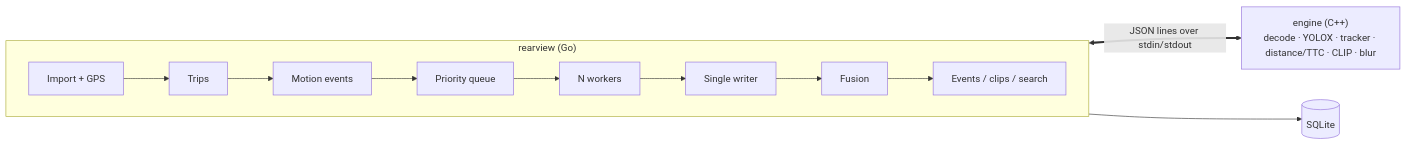
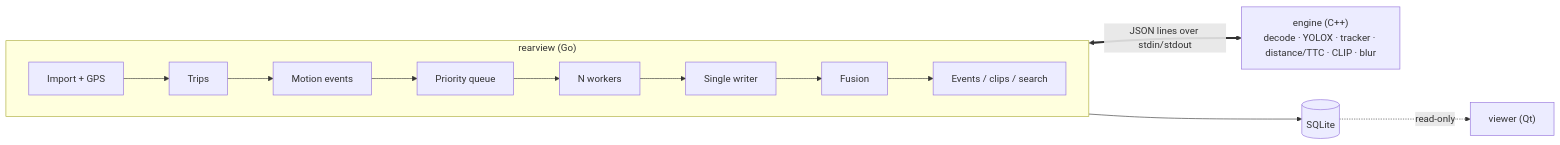
Before and after one commit to ousmanebarry/rearview: the diagram in README.md, drawn with Mermaid. The commit also changed other lines of this file and 61 other files, not shown here.

````diff
--- a/README.md
+++ b/README.md
@@ -35,10 +217,11 @@
 ```mermaid
 flowchart LR
     subgraph Go["rearview (Go)"]
         direction LR
         imp[Import + GPS] --> trips[Trips] --> motion[Motion events] --> queue[Priority queue]
         queue --> workers[N workers] --> writer[Single writer] --> fusion[Fusion] --> out[Events / clips / search]
     end
     workers <== "JSON lines over stdin/stdout" ==> engine["engine (C++)<br/>decode · YOLOX · tracker · distance/TTC · CLIP · blur"]
     writer --> db[(SQLite)]
+    db -. read-only .-> viewer["viewer (Qt)"]
 ```
````
